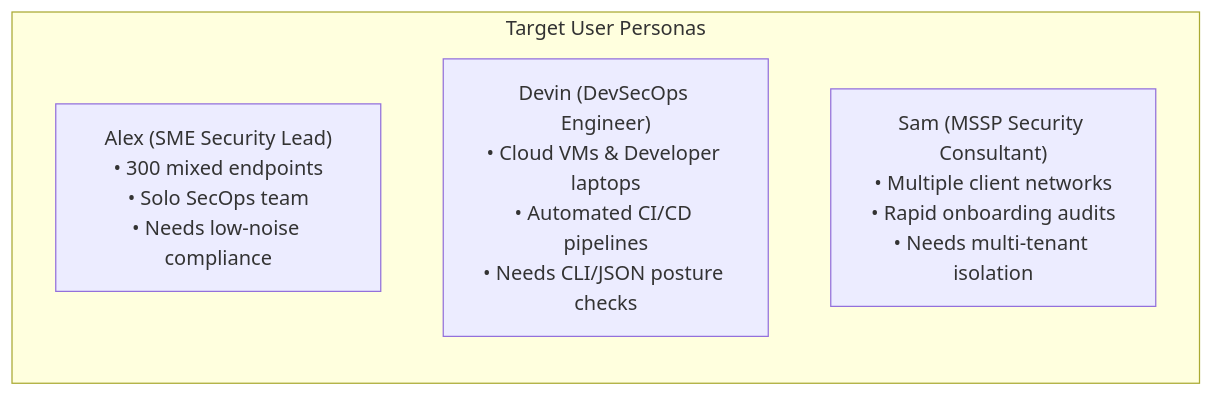
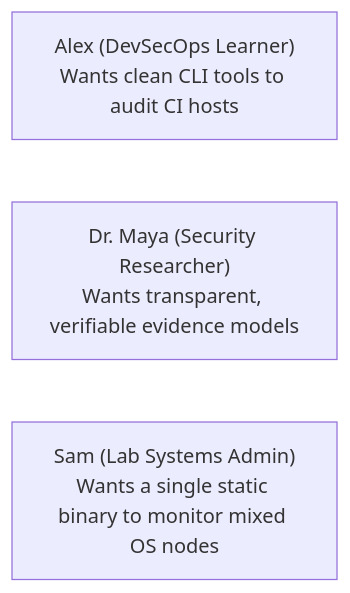
One commit to Subhadip-Paul2006/NETRA-Backend changed the third of 5 diagrams in docs/PRD.md. Above: the diagram before and after it, drawn with Mermaid. The commit also changed other lines of this file and 15 other files, not shown here.

Commit message:
docs: establish authoritative open-source academic architecture & technical specification suite

````diff
--- a/docs/PRD.md
+++ b/docs/PRD.md
@@ -77,8 +69,6 @@
 ```mermaid
 flowchart LR
-    subgraph Personas["Target User Personas"]
-        Alex["Alex (SME Security Lead)<br/>• 300 mixed endpoints<br/>• Solo SecOps team<br/>• Needs low-noise compliance"]
-        Devin["Devin (DevSecOps Engineer)<br/>• Cloud VMs & Developer laptops<br/>• Automated CI/CD pipelines<br/>• Needs CLI/JSON posture checks"]
-        Sam["Sam (MSSP Security Consultant)<br/>• Multiple client networks<br/>• Rapid onboarding audits<br/>• Needs multi-tenant isolation"]
-    end
+    P1["Alex (DevSecOps Learner)<br/>Wants clean CLI tools to audit CI hosts"]
+    P2["Dr. Maya (Security Researcher)<br/>Wants transparent, verifiable evidence models"]
+    P3["Sam (Lab Systems Admin)<br/>Wants a single static binary to monitor mixed OS nodes"]
 ```
````
